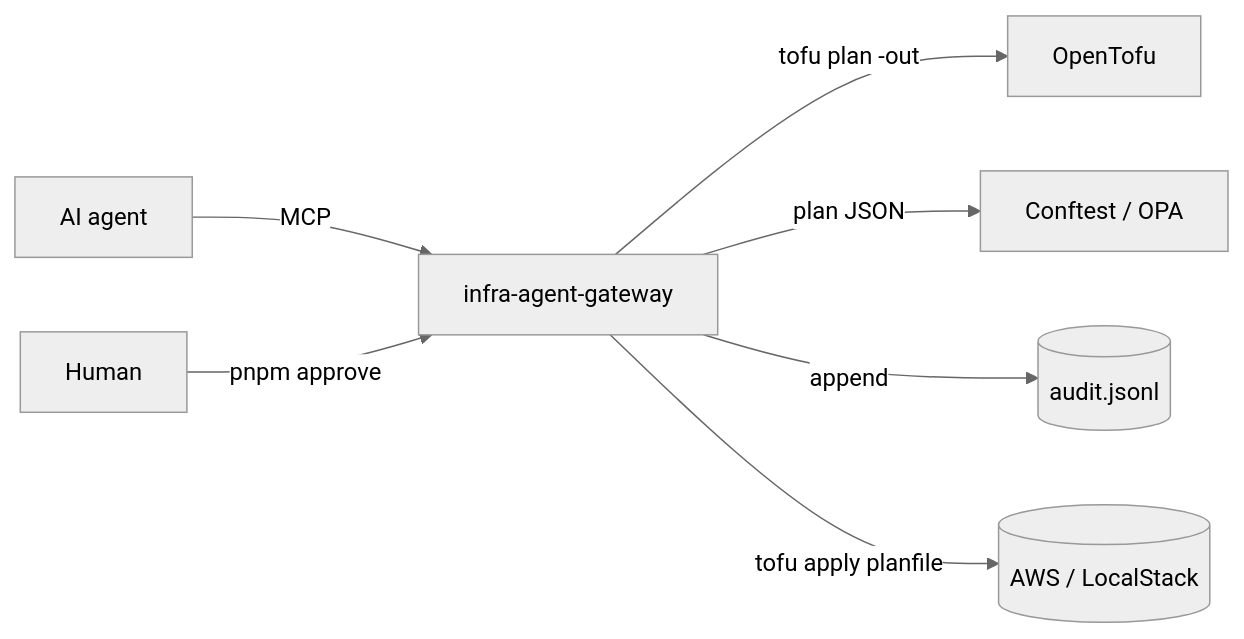
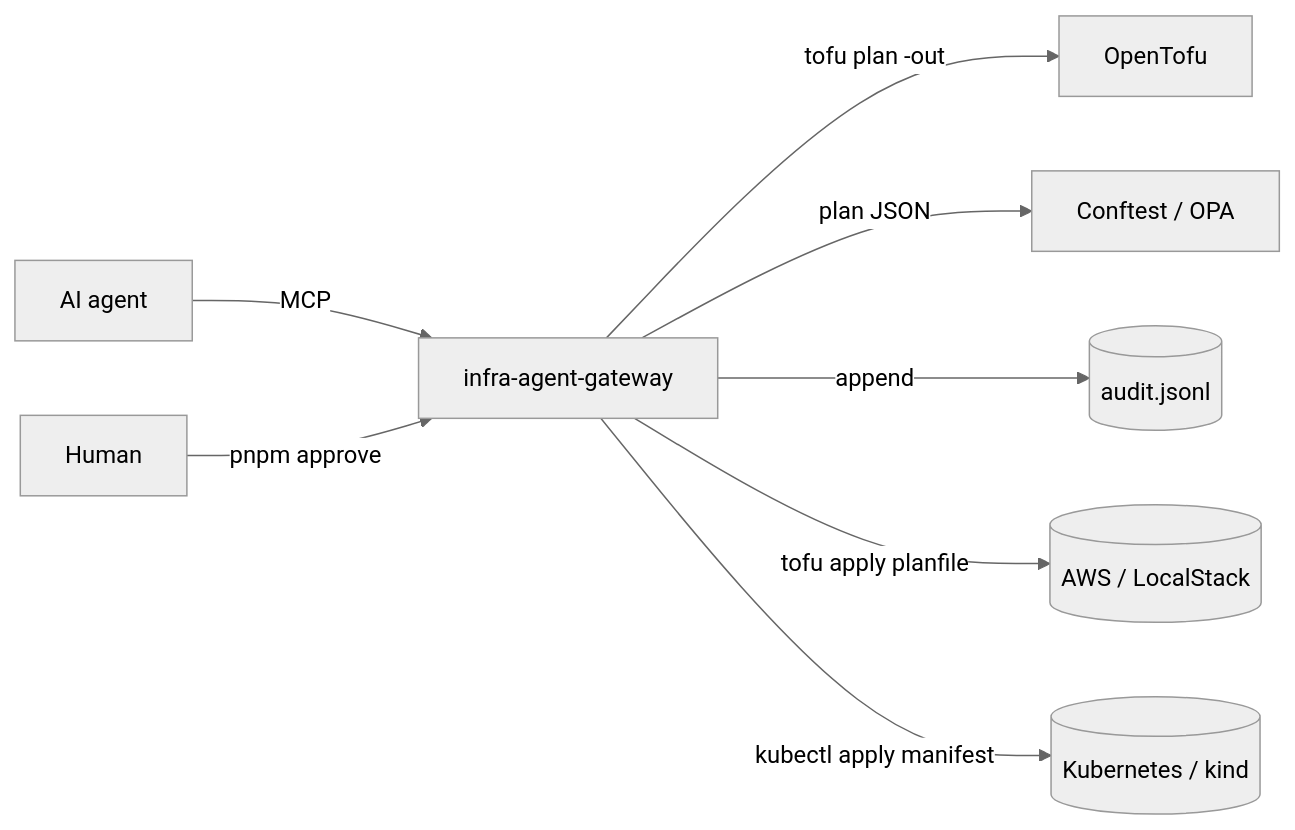
Before and after one commit to jcortes/infra-agent-gateway: the diagram in README.md, drawn with Mermaid (neutral theme). The commit also changed other lines of this file and 15 other files, not shown here.

Commit message:
feat: deploy_workload on Kubernetes (kind) behind Rego and human approval

````diff
--- a/README.md
+++ b/README.md
@@ -18,9 +18,10 @@
 ```mermaid
 flowchart LR
   A[AI agent] -- MCP --> S[infra-agent-gateway]
   S -- tofu plan -out --> T[OpenTofu]
   S -- plan JSON --> P[Conftest / OPA]
   S -- append --> L[(audit.jsonl)]
   H[Human] -- pnpm approve --> S
   S -- tofu apply planfile --> AWS[(AWS / LocalStack)]
+  S -- kubectl apply manifest --> K[(Kubernetes / kind)]
 ```
````
